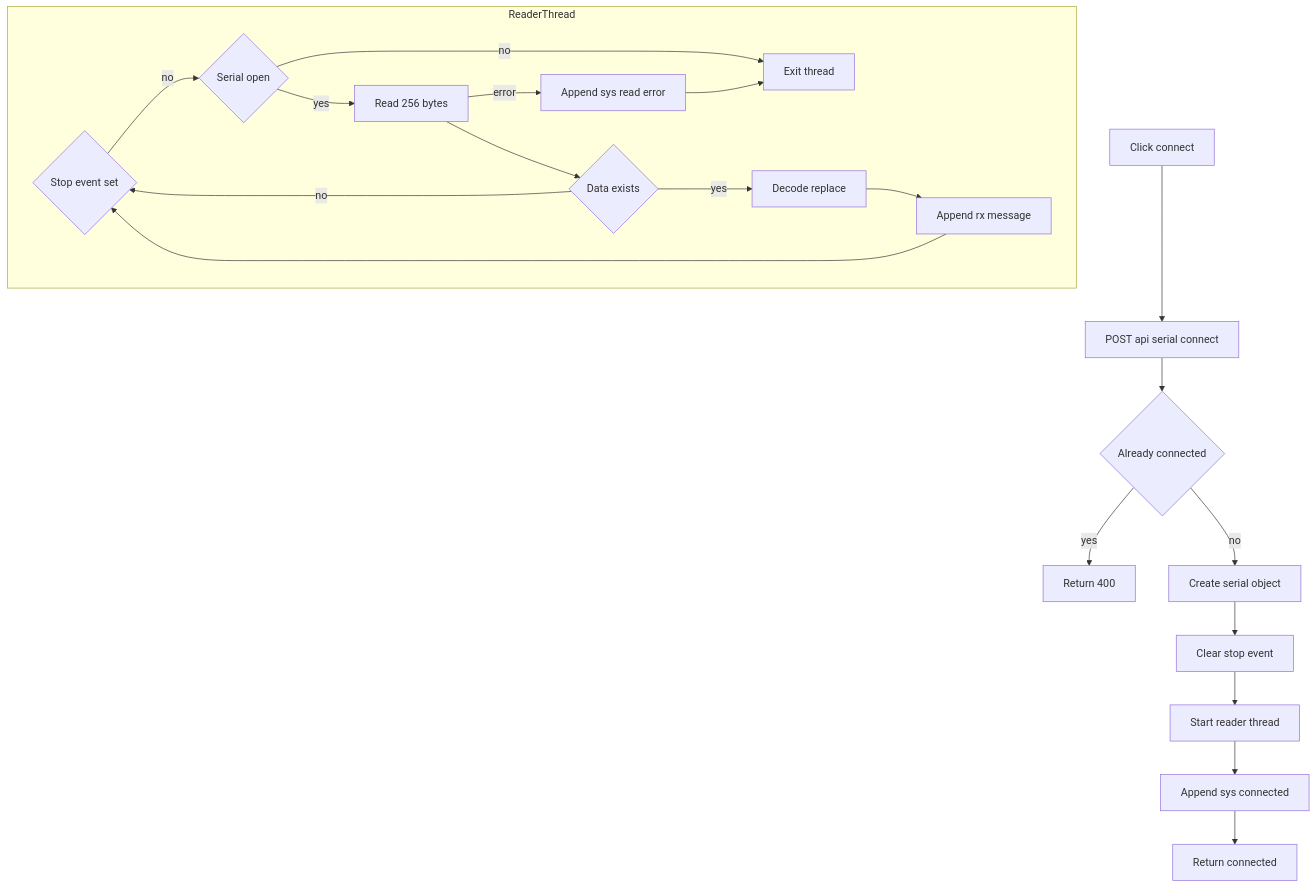
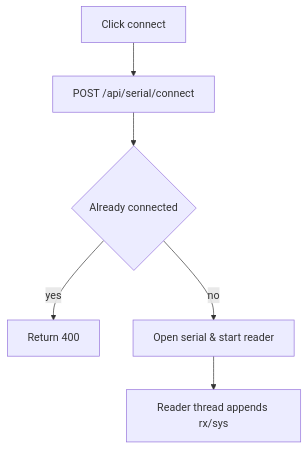
One commit to neo-embbed/neo-uart changed the second of 4 diagrams in docs/system_flowchart.md. Above: the diagram before and after it, drawn with Mermaid. The commit also changed other lines of this file, not shown here.

Commit message:
docs: 简化系统流程图

````diff
--- a/docs/system_flowchart.md
+++ b/docs/system_flowchart.md
@@ -33,25 +18,8 @@
 ```mermaid
 flowchart TD
-    A[Click connect] --> B[POST api serial connect]
+    A[Click connect] --> B[POST /api/serial/connect]
     B --> C{Already connected}
     C -- yes --> C1[Return 400]
-    C -- no --> D[Create serial object]
-    D --> E[Clear stop event]
-    E --> F[Start reader thread]
-    F --> G[Append sys connected]
-    G --> H[Return connected]
-
-    subgraph ReaderThread
-        R1{Stop event set}
-        R1 -- no --> R2{Serial open}
-        R2 -- no --> R7[Exit thread]
-        R2 -- yes --> R3[Read 256 bytes]
-        R3 --> R4{Data exists}
-        R4 -- no --> R1
-        R4 -- yes --> R5[Decode replace]
-        R5 --> R6[Append rx message]
-        R6 --> R1
-        R3 -->|error| R8[Append sys read error]
-        R8 --> R7
-    end
+    C -- no --> D[Open serial & start reader]
+    D --> E[Reader thread appends rx/sys]
 ```
````
